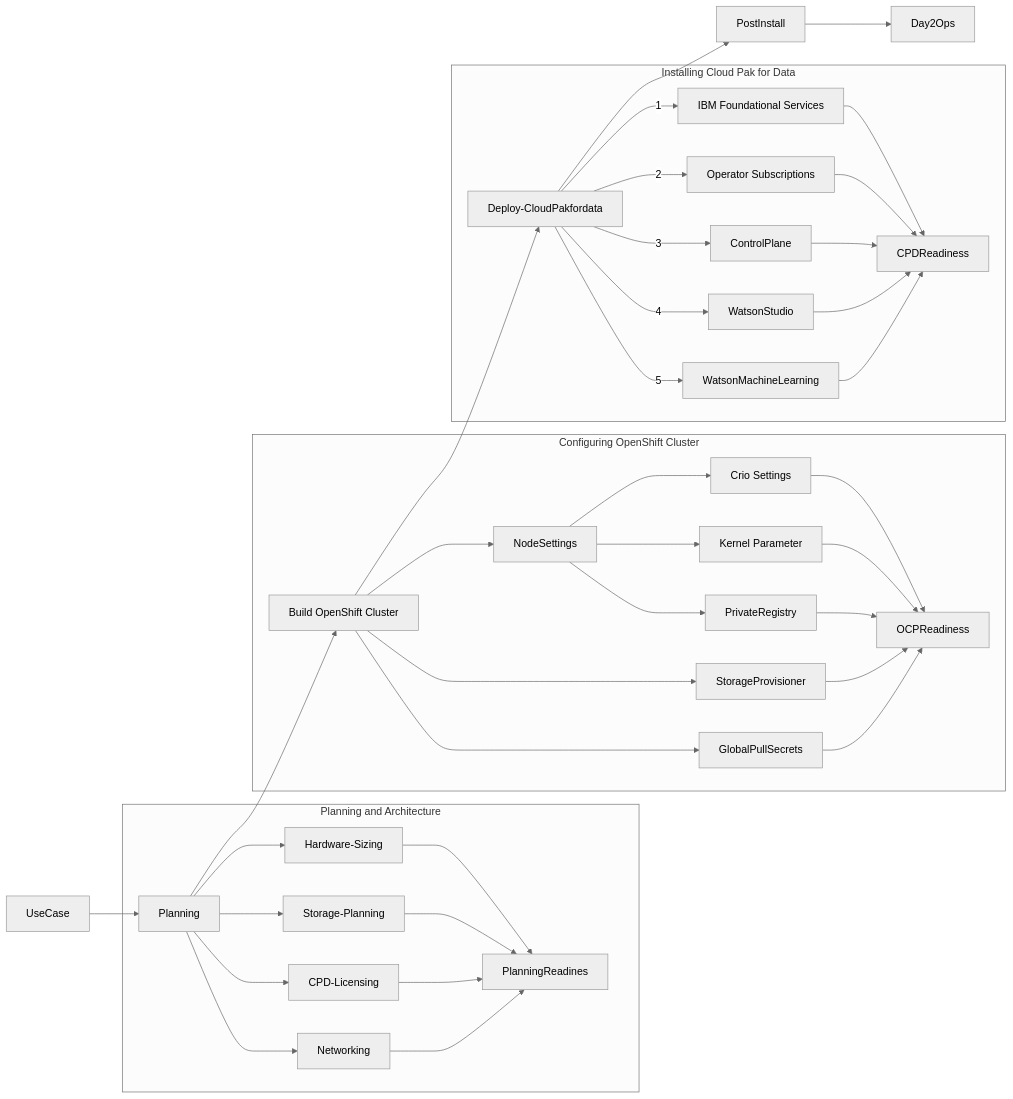
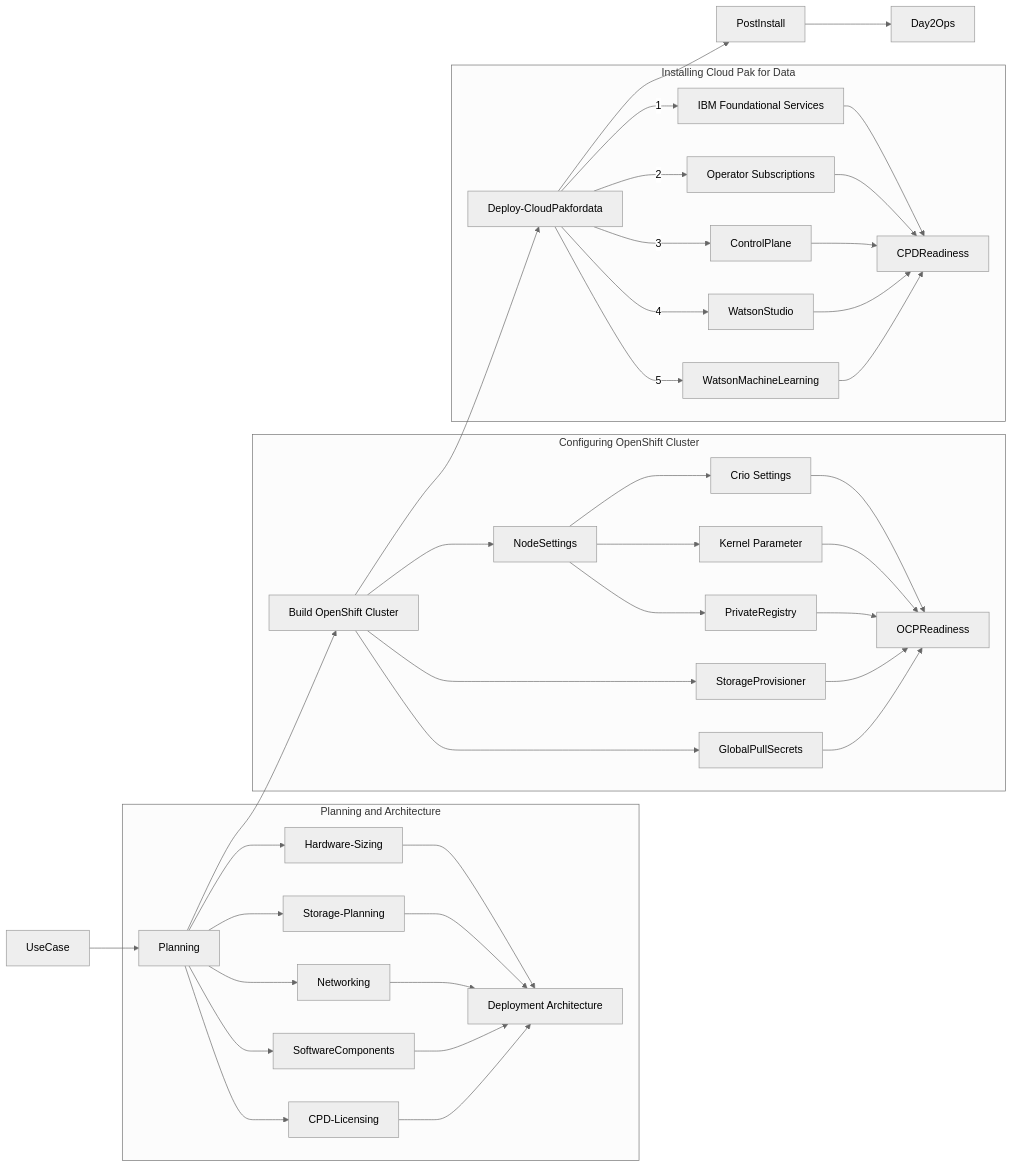
The first of 2 diagrams in cpd45-deployment.md (ekambaraml/IBM-Cloud-Pak-for-Data), drawn with Mermaid (neutral theme) before and after one commit.

````diff
--- a/cpd45-deployment.md
+++ b/cpd45-deployment.md
@@ -87,49 +87,51 @@
 ```mermaid
 graph LR
 
     UseCase --> Planning
     Planning --> OpenShift[Build OpenShift Cluster]
     OpenShift  --> Deploy-CloudPakfordata
     Deploy-CloudPakfordata --> PostInstall
     PostInstall-->Day2Ops
     
     subgraph Architecture[Planning and Architecture]
     Planning --> Hardware-Sizing
     Planning --> Storage-Planning
+    Planning --> Networking
+    Planning --> SoftwareComponents
     Planning --> CPD-Licensing
-    Planning -->  Networking
-    Hardware-Sizing --> PlanningReadines
-    Storage-Planning --> PlanningReadines
-    Networking --> PlanningReadines
-    CPD-Licensing --> PlanningReadines
+    Hardware-Sizing --> PlanningReadines[Deployment Architecture]
+    Storage-Planning --> PlanningReadines[Deployment Architecture]
+    Networking --> PlanningReadines[Deployment Architecture]
+    SoftwareComponents --> PlanningReadines[Deployment Architecture]
+    CPD-Licensing --> PlanningReadines[Deployment Architecture]
     end
     
     subgraph OCP[Configuring OpenShift Cluster]
     OpenShift --> NodeSettings
     OpenShift --> StorageProvisioner
     OpenShift --> GlobalPullSecrets
     NodeSettings --> CRIO[Crio Settings]
     NodeSettings --> Kernel[Kernel Parameter]
     NodeSettings --> PrivateRegistry
 
     CRIO[Crio Settings] -->OCPReadiness
     Kernel[Kernel Parameter] -->OCPReadiness
     PrivateRegistry  -->OCPReadiness
     GlobalPullSecrets   -->OCPReadiness
     StorageProvisioner   -->OCPReadiness
     end
     
     subgraph OLM[Installing Cloud Pak for Data]
     Deploy-CloudPakfordata -->|1| Foundation[IBM Foundational Services]
     Deploy-CloudPakfordata -->|2| Operators[Operator Subscriptions]
     Deploy-CloudPakfordata -->|3| ControlPlane
     Deploy-CloudPakfordata -->|4| WatsonStudio
     Deploy-CloudPakfordata -->|5| WatsonMachineLearning
     Foundation --> CPDReadiness
     Operators  --> CPDReadiness
     ControlPlane  --> CPDReadiness
     WatsonStudio  --> CPDReadiness
     WatsonMachineLearning  --> CPDReadiness
     end
 
 ```
````
